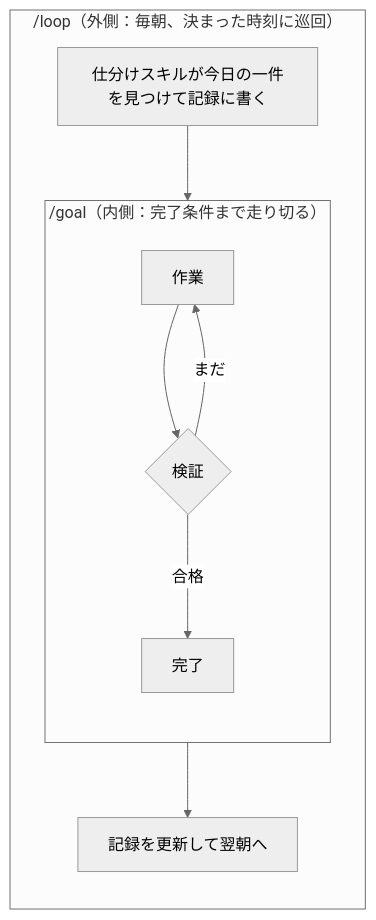
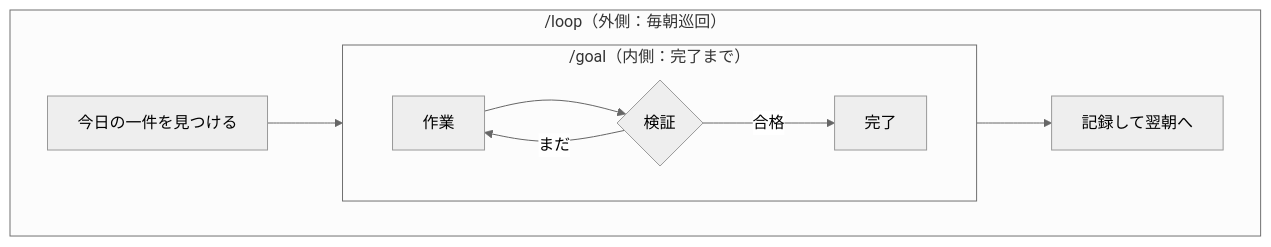
Before and after one commit to Daisuke134/anicca: the fourth of 7 diagrams in docs/articles/2026-06-27-loop-engineering-jp.md, drawn with Mermaid (neutral theme). The commit also changed other lines of this file, not shown here.

Commit message:
fix diagrams: tall vertical → horizontal LR + shorter labels (anatomy/goal/nesting/ladder/task-check were too tall)

````diff
--- a/docs/articles/2026-06-27-loop-engineering-jp.md
+++ b/docs/articles/2026-06-27-loop-engineering-jp.md
@@ -92,14 +92,14 @@
 ```mermaid
-flowchart TD
-  subgraph LOOP["/loop（外側：毎朝、決まった時刻に巡回）"]
-    direction TB
-    T["仕分けスキルが今日の一件を見つけて記録に書く"] --> GOAL
-    subgraph GOAL["/goal（内側：完了条件まで走り切る）"]
-      direction TB
+flowchart LR
+  subgraph LOOP["/loop（外側：毎朝巡回）"]
+    direction LR
+    T["今日の一件を見つける"] --> GOAL
+    subgraph GOAL["/goal（内側：完了まで）"]
+      direction LR
       GW["作業"] --> GC{"検証"}
       GC -->|"まだ"| GW
       GC -->|"合格"| GD["完了"]
     end
-    GD --> R["記録を更新して翌朝へ"]
+    GD --> R["記録して翌朝へ"]
   end
 ```
````
